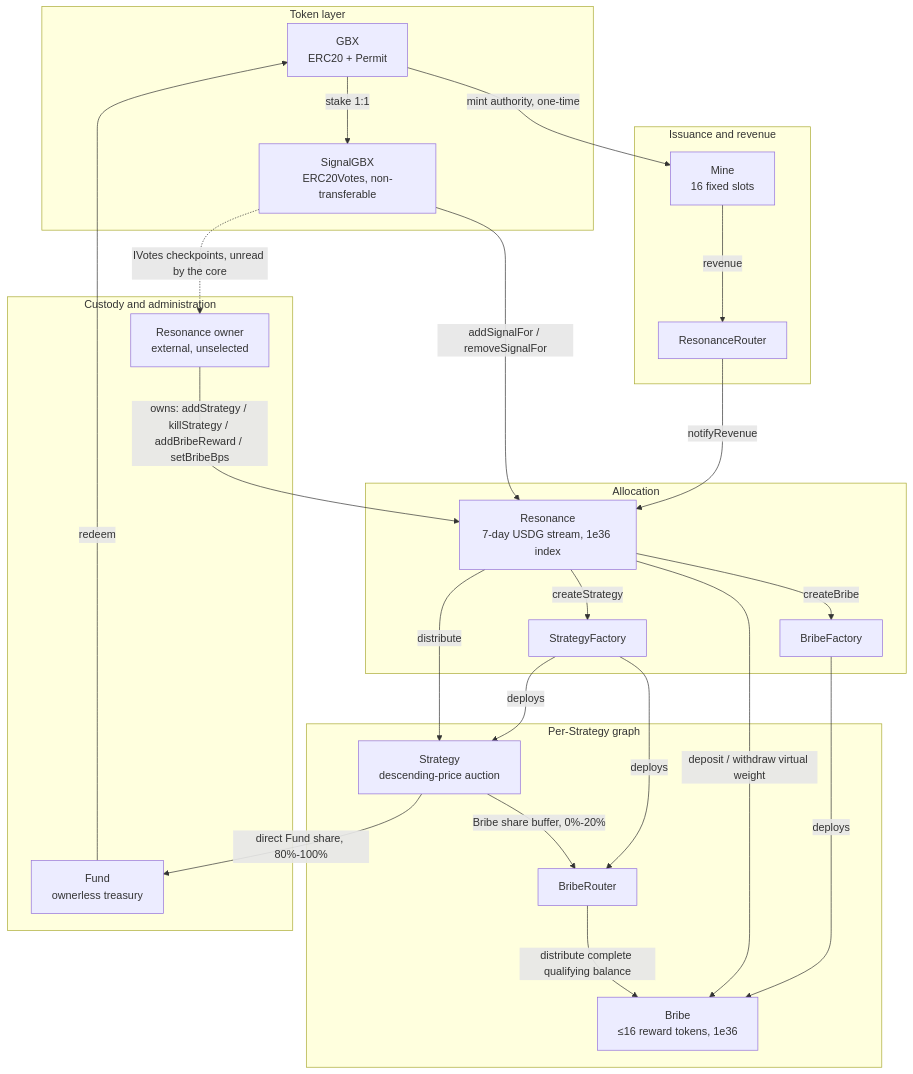
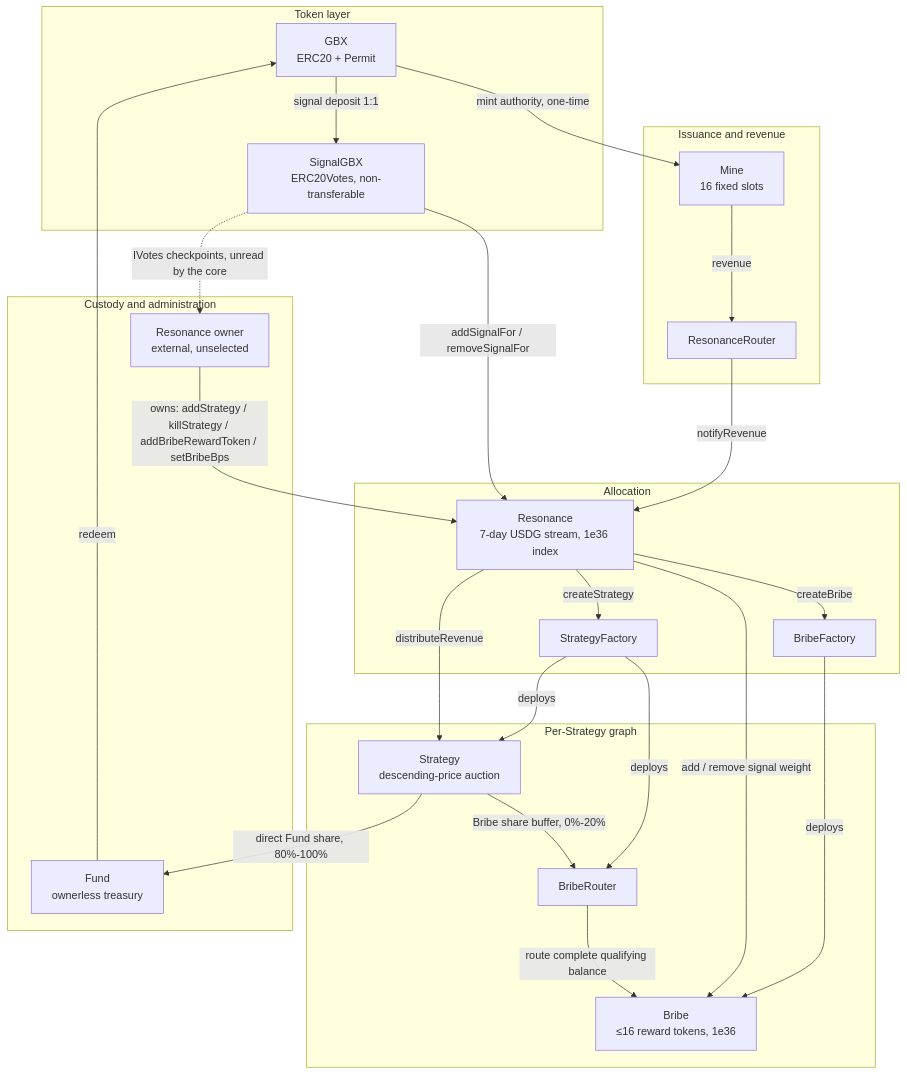
Before and after one commit to Heesho/gumball6900: the diagram in docs/whitepapers/gumball-6900/whitepaper.md, drawn with Mermaid. The commit also changed other lines of this file and 79 other files, not shown here.

````diff
--- a/docs/whitepapers/gumball-6900/whitepaper.md
+++ b/docs/whitepapers/gumball-6900/whitepaper.md
@@ -227,44 +229,44 @@
 ```mermaid
 flowchart TB
   subgraph Token["Token layer"]
     GBX[GBX<br/>ERC20 + Permit]
     SGBX[SignalGBX<br/>ERC20Votes, non-transferable]
   end
   subgraph Issue["Issuance and revenue"]
     MINE[Mine<br/>16 fixed slots]
     RR[ResonanceRouter]
   end
   subgraph Alloc["Allocation"]
     RES[Resonance<br/>7-day USDG stream, 1e36 index]
     SF[StrategyFactory]
     BF[BribeFactory]
   end
   subgraph Perstrat["Per-Strategy graph"]
     STR[Strategy<br/>descending-price auction]
     BR[BribeRouter]
     BRIBE[Bribe<br/>≤16 reward tokens, 1e36]
   end
   subgraph Custody["Custody and administration"]
     FUND[Fund<br/>ownerless treasury]
     OWNER[Resonance owner<br/>external, unselected]
   end
 
   GBX -->|mint authority, one-time| MINE
-  GBX -->|stake 1:1| SGBX
+  GBX -->|signal deposit 1:1| SGBX
   MINE -->|revenue| RR
   RR -->|notifyRevenue| RES
   SGBX -->|addSignalFor / removeSignalFor| RES
   SGBX -.->|IVotes checkpoints, unread by the core| OWNER
   RES -->|createStrategy| SF
   RES -->|createBribe| BF
   SF -->|deploys| STR
   SF -->|deploys| BR
   BF -->|deploys| BRIBE
-  RES -->|distribute| STR
-  RES -->|deposit / withdraw virtual weight| BRIBE
+  RES -->|distributeRevenue| STR
+  RES -->|add / remove signal weight| BRIBE
   STR -->|Bribe share buffer, 0%-20%| BR
   STR -->|direct Fund share, 80%-100%| FUND
-  BR -->|distribute complete qualifying balance| BRIBE
-  OWNER -->|owns: addStrategy / killStrategy / addBribeReward / setBribeBps| RES
+  BR -->|route complete qualifying balance| BRIBE
+  OWNER -->|owns: addStrategy / killStrategy / addBribeRewardToken / setBribeBps| RES
   FUND -->|redeem| GBX
 ```
````
